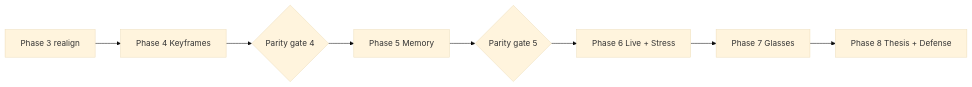
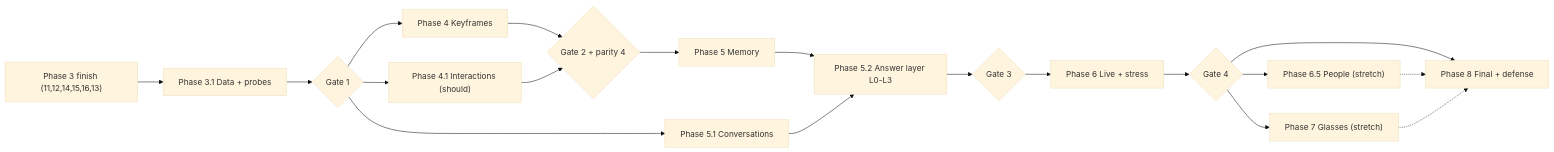
Before and after one commit to Rafique610/Eykon: the diagram in docs/plans/00-roadmap.md, drawn with Mermaid (base theme). The commit also changed other lines of this file and 143 other files, not shown here.

Commit message:
docs(plans): add roadmap v2 with phase 3.1-8 step plans

````diff
--- a/docs/plans/00-roadmap.md
+++ b/docs/plans/00-roadmap.md
@@ -137,10 +194,21 @@
 ```mermaid
 flowchart LR
-    P3["Phase 3 realign"] --> P4["Phase 4 Keyframes"]
-    P4 --> G4{"Parity gate 4"}
-    G4 --> P5["Phase 5 Memory"]
-    P5 --> G5{"Parity gate 5"}
-    G5 --> P6["Phase 6 Live + Stress"]
-    P6 --> P7["Phase 7 Glasses"]
-    P7 --> P8["Phase 8 Thesis + Defense"]
+    P3["Phase 3 finish (11,12,14,15,16,13)"] --> P31["Phase 3.1 Data + probes"]
+    P31 --> G1{"Gate 1"}
+    G1 --> P4["Phase 4 Keyframes"]
+    G1 --> P41["Phase 4.1 Interactions (should)"]
+    P4 --> G2{"Gate 2 + parity 4"}
+    P41 --> G2
+    G2 --> P5["Phase 5 Memory"]
+    G1 --> P51["Phase 5.1 Conversations"]
+    P5 --> P52["Phase 5.2 Answer layer L0-L3"]
+    P51 --> P52
+    P52 --> G3{"Gate 3"}
+    G3 --> P6["Phase 6 Live + stress"]
+    P6 --> G4{"Gate 4"}
+    G4 --> P65["Phase 6.5 People (stretch)"]
+    G4 --> P7["Phase 7 Glasses (stretch)"]
+    G4 --> P8["Phase 8 Final + defense"]
+    P65 -.-> P8
+    P7 -.-> P8
 ```
````
